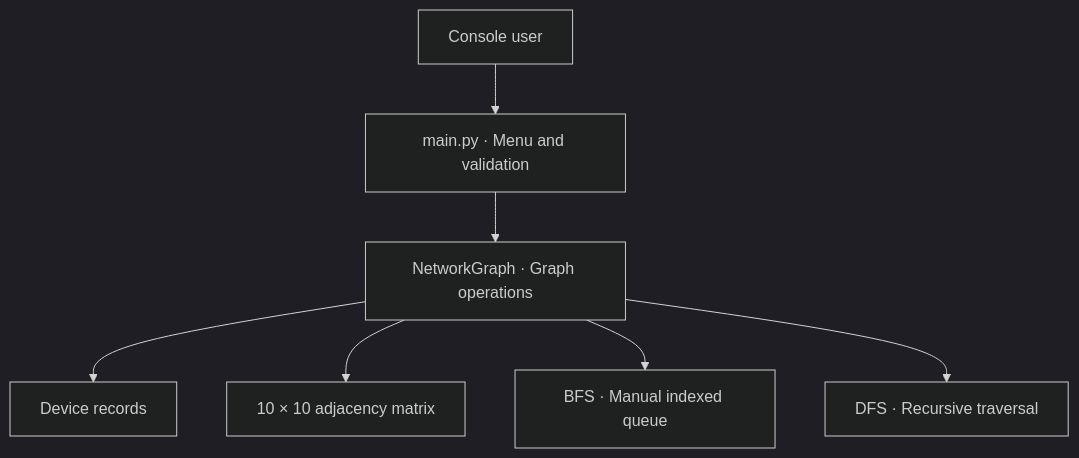
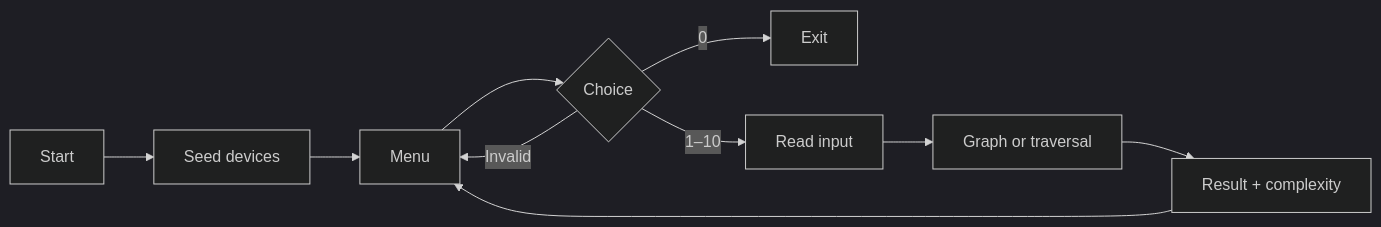
The diagram in README.md (Kanechiii/nodex), drawn with Mermaid (dark theme) before and after one commit. The commit also changed other lines of this file and 6 other files, not shown here.

````diff
--- a/README.md
+++ b/README.md
@@ -56,9 +56,12 @@
 ```mermaid
-flowchart TD
-    A["Console user"] --> B["main.py · Menu and validation"]
-    B --> C["NetworkGraph · Graph operations"]
-    C --> D["Device records"]
-    C --> E["10 × 10 adjacency matrix"]
-    C --> F["BFS · Manual indexed queue"]
-    C --> G["DFS · Recursive traversal"]
+flowchart LR
+    A["Start"] --> B["Seed devices"]
+    B --> C["Menu"]
+    C --> D{"Choice"}
+    D -->|"0"| E["Exit"]
+    D -->|"Invalid"| C
+    D -->|"1–10"| F["Read input"]
+    F --> G["Graph or traversal"]
+    G --> H["Result + complexity"]
+    H --> C
 ```
````
